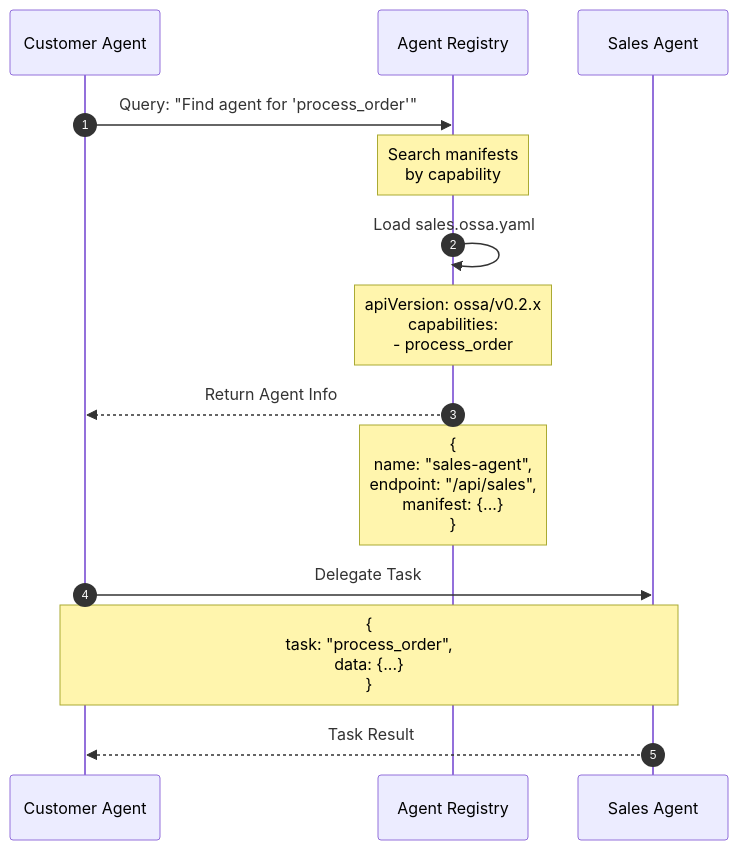
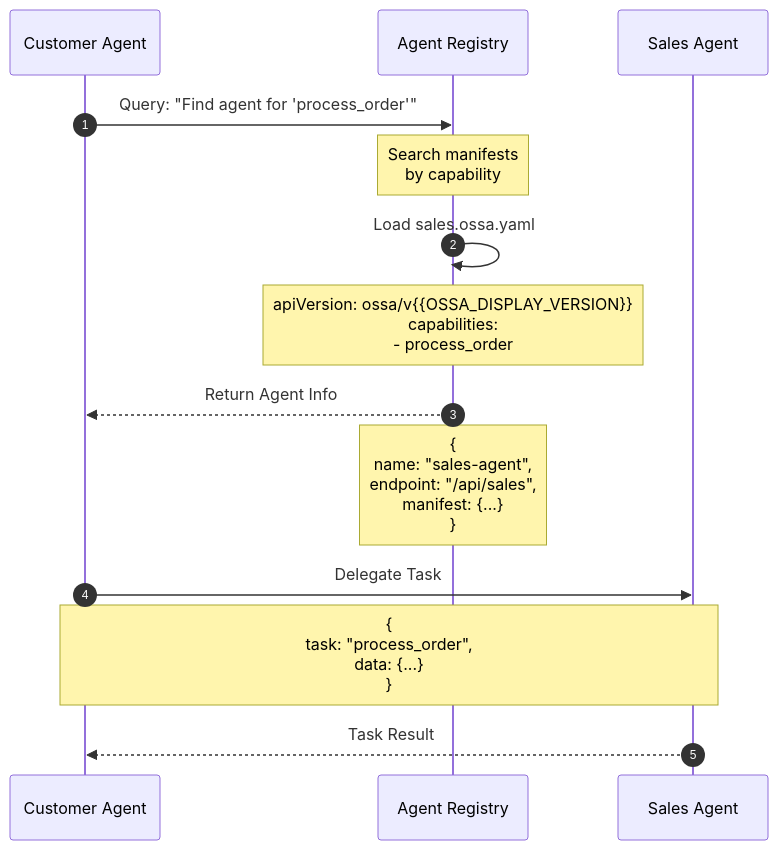
The second of 12 diagrams in website/content/docs/architecture/multi-agent-systems.md (blueflyio/openstandardagents), drawn with Mermaid before and after one commit. The commit also changed other lines of this file and 74 other files, not shown here.

````diff
--- a/website/content/docs/architecture/multi-agent-systems.md
+++ b/website/content/docs/architecture/multi-agent-systems.md
@@ -76,21 +76,21 @@
 ```mermaid
 sequenceDiagram
     autonumber
     participant CustomerAgent as Customer Agent
     participant Registry as Agent Registry
     participant SalesAgent as Sales Agent
 
     CustomerAgent->>Registry: Query: "Find agent for 'process_order'"
     Note over Registry: Search manifests<br/>by capability
 
     Registry->>Registry: Load sales.ossa.yaml
-    Note over Registry: apiVersion: ossa/v0.2.x<br/>capabilities:<br/>  - process_order
+    Note over Registry: apiVersion: ossa/v{{OSSA_DISPLAY_VERSION}}<br/>capabilities:<br/>  - process_order
 
     Registry-->>CustomerAgent: Return Agent Info
     Note over Registry: {<br/>  name: "sales-agent",<br/>  endpoint: "/api/sales",<br/>  manifest: {...}<br/>}
 
     CustomerAgent->>SalesAgent: Delegate Task
     Note over CustomerAgent,SalesAgent: {<br/>  task: "process_order",<br/>  data: {...}<br/>}
 
     SalesAgent-->>CustomerAgent: Task Result
 ```
````
